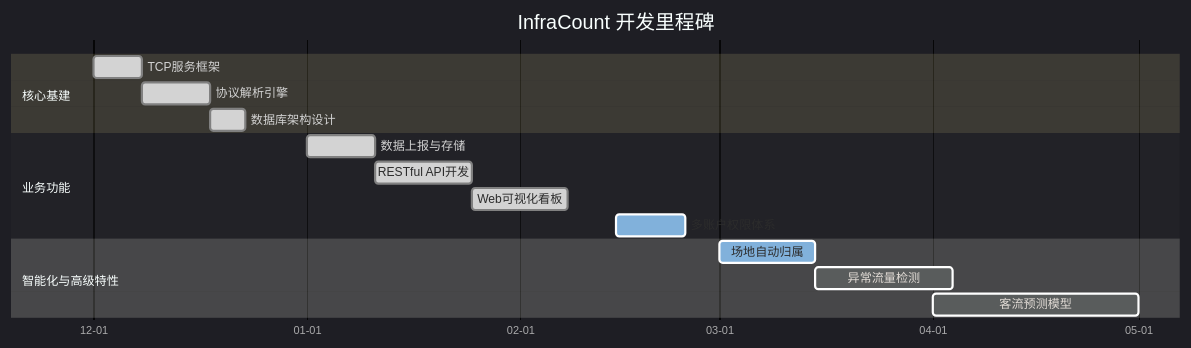
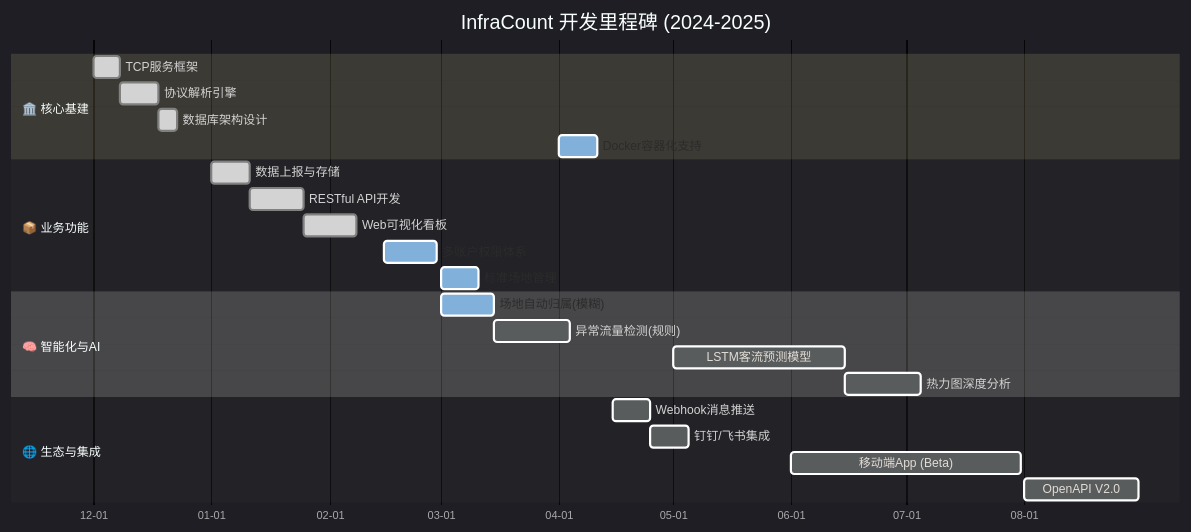
The first of 7 diagrams in README.md (HF-CYGG/InfraCount), drawn with Mermaid before and after one commit. The commit also changed other lines of this file, not shown here.

First line of the commit message:
docs: 更新README文档内容与图表

````diff
--- a/README.md
+++ b/README.md
@@ -82,23 +82,37 @@
 ```mermaid
 %%{init: {'theme': 'dark', 'themeVariables': { 'darkMode': true }}}%%
 gantt
-    title InfraCount 开发里程碑
+    title InfraCount 开发里程碑 (2024-2025)
     dateFormat  YYYY-MM-DD
     axisFormat  %m-%d
+    
+    %% 定义颜色
+    %% classDef planned fill:#b71c1c,stroke:#fff,stroke-width:1px;
+    %% classDef active fill:#e65100,stroke:#fff,stroke-width:1px;
+    %% classDef done fill:#1b5e20,stroke:#fff,stroke-width:1px;
 
-    section 核心基建
+    section 🏛️ 核心基建
     TCP服务框架       :done,    core1, 2023-12-01, 7d
     协议解析引擎       :done,    core2, after core1, 10d
     数据库架构设计     :done,    core3, after core2, 5d
+    Docker容器化支持  :active,  core4, 2024-04-01, 10d
 
-    section 业务功能
+    section 📦 业务功能
     数据上报与存储     :done,    biz1,  2024-01-01, 10d
     RESTful API开发   :done,    biz2,  after biz1, 14d
     Web可视化看板      :done,    biz3,  after biz2, 14d
-    多账户权限体系     :active,  biz4,  2024-02-15, 10d
+    多账户权限体系     :active,  biz4,  2024-02-15, 14d
+    标准场地管理       :active,  biz5,  2024-03-01, 10d
 
-    section 智能化与高级特性
-    场地自动归属       :active,  ai1,   2024-03-01, 14d
-    异常流量检测       :         ai2,   after ai1, 20d
-    客流预测模型       :         ai3,   2024-04-01, 30d
+    section 🧠 智能化与AI
+    场地自动归属(模糊) :active,  ai1,   2024-03-01, 14d
+    异常流量检测(规则) :         ai2,   after ai1, 20d
+    LSTM客流预测模型   :         ai3,   2024-05-01, 45d
+    热力图深度分析     :         ai4,   after ai3, 20d
+
+    section 🌐 生态与集成
+    Webhook消息推送    :         eco1,  2024-04-15, 10d
+    钉钉/飞书集成      :         eco2,  after eco1, 10d
+    移动端App (Beta)   :         eco3,  2024-06-01, 60d
+    OpenAPI V2.0      :         eco4,  2024-08-01, 30d
 ```
````
